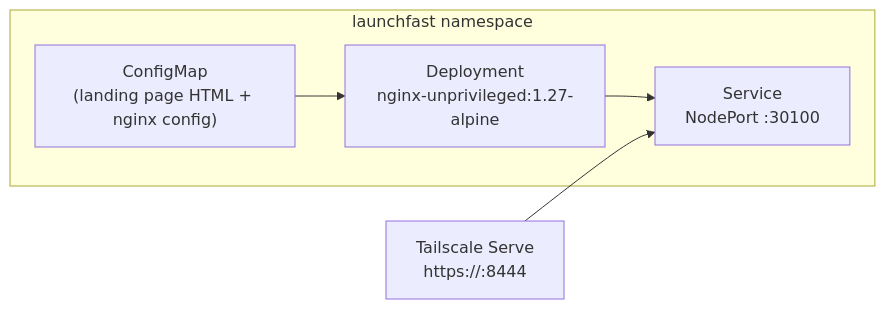
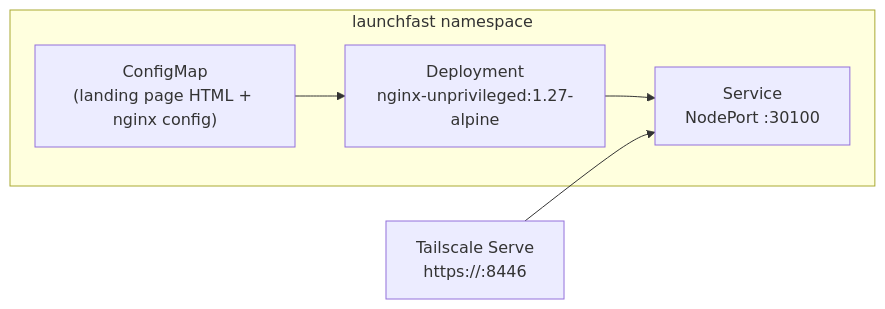
Before and after one commit to haingth77/homelab: the diagram in k8s/apps/launchfast/README.md, drawn with Mermaid. The commit also changed other lines of this file and 6 other files, not shown here.

````diff
--- a/k8s/apps/launchfast/README.md
+++ b/k8s/apps/launchfast/README.md
@@ -9,11 +9,11 @@
 ```mermaid
 flowchart LR
     subgraph cluster["launchfast namespace"]
         CM["ConfigMap\n(landing page HTML + nginx config)"]
         Deploy["Deployment\nnginx-unprivileged:1.27-alpine"]
         Svc["Service\nNodePort :30100"]
         CM --> Deploy
         Deploy --> Svc
     end
-    Tailscale["Tailscale Serve\nhttps://:8444"] --> Svc
+    Tailscale["Tailscale Serve\nhttps://:8446"] --> Svc
 ```
````
